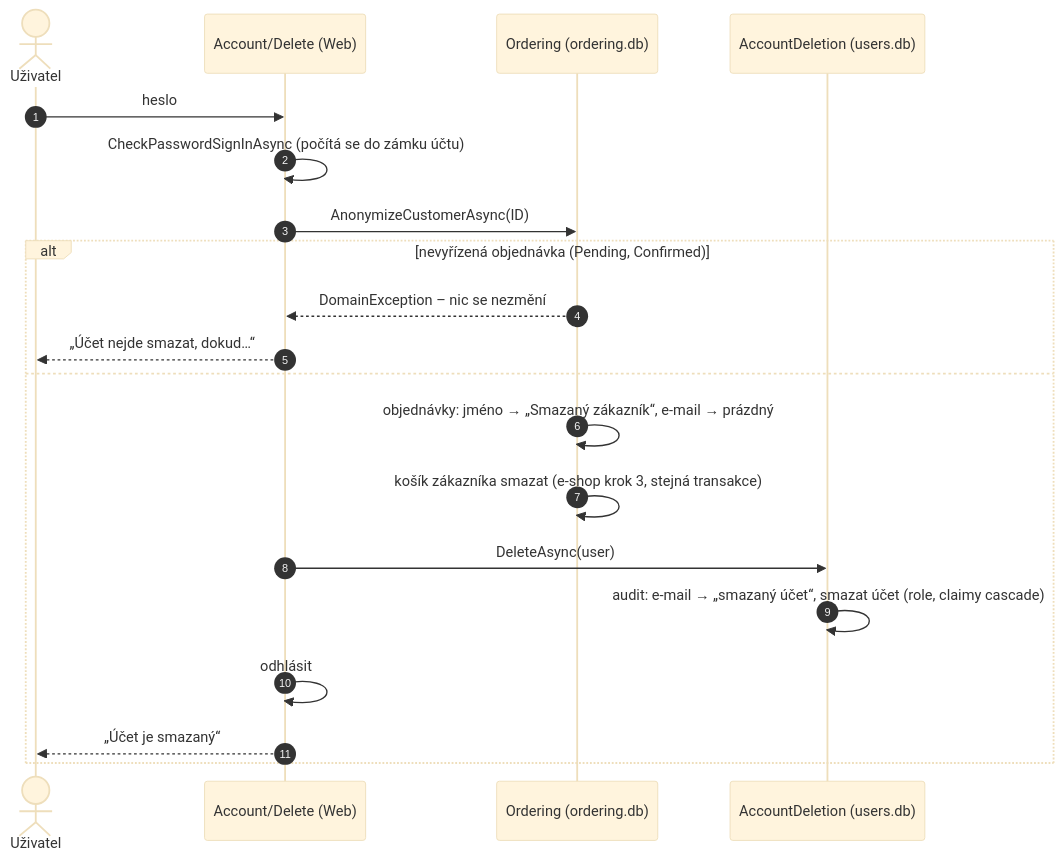
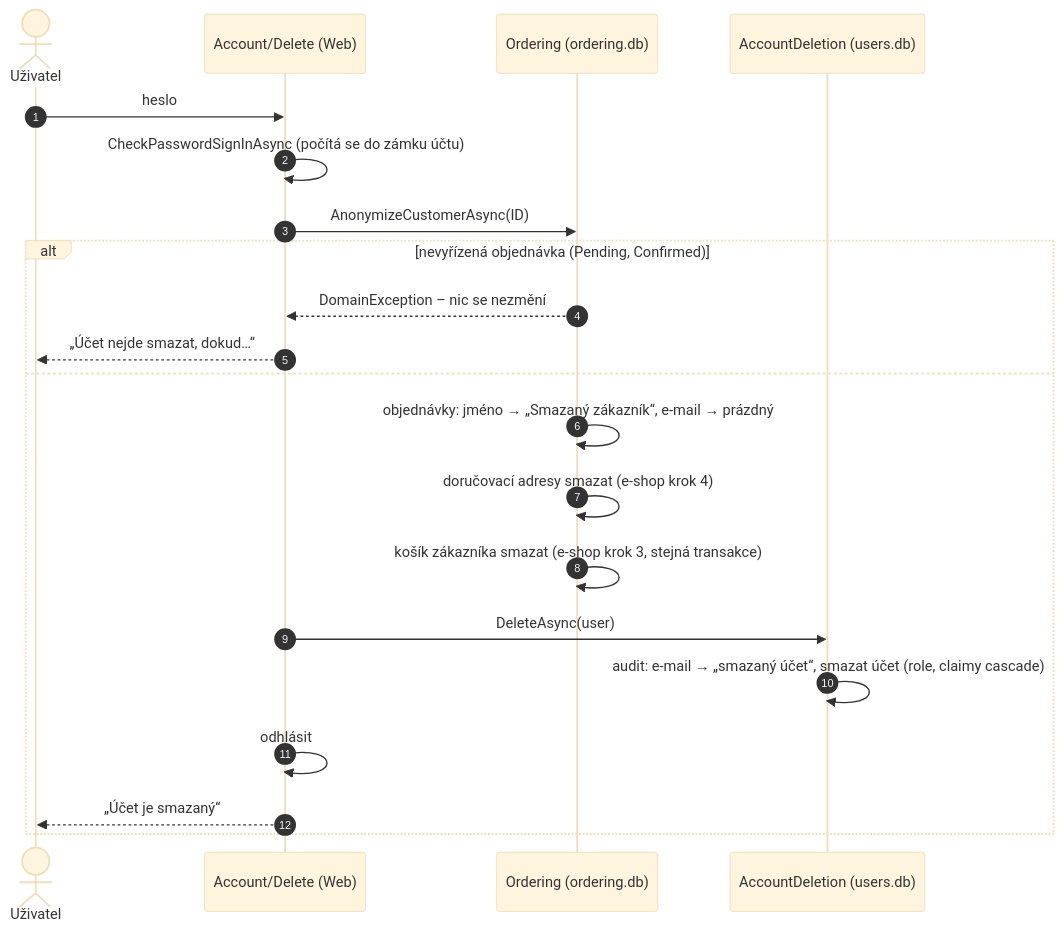
The fourth of 6 diagrams in docs/prirucka/architektura/moduly/accounts.md (ftichy/MiniShop), drawn with Mermaid (base theme) before and after one commit. The commit also changed 47 other files, not shown here.

````diff
--- a/docs/prirucka/architektura/moduly/accounts.md
+++ b/docs/prirucka/architektura/moduly/accounts.md
@@ -153,23 +153,24 @@
 ```mermaid
 sequenceDiagram
     autonumber
     actor U as Uživatel
     participant P as Account/Delete (Web)
     participant O as Ordering (ordering.db)
     participant A as AccountDeletion (users.db)
 
     U->>P: heslo
     P->>P: CheckPasswordSignInAsync (počítá se do zámku účtu)
     P->>O: AnonymizeCustomerAsync(ID)
     alt nevyřízená objednávka (Pending, Confirmed)
         O-->>P: DomainException – nic se nezmění
         P-->>U: „Účet nejde smazat, dokud…“
     else
         O->>O: objednávky: jméno → „Smazaný zákazník“, e-mail → prázdný
+    O->>O: doručovací adresy smazat (e-shop krok 4)
     O->>O: košík zákazníka smazat (e-shop krok 3, stejná transakce)
         P->>A: DeleteAsync(user)
         A->>A: audit: e-mail → „smazaný účet“, smazat účet (role, claimy cascade)
         P->>P: odhlásit
         P-->>U: „Účet je smazaný“
     end
 ```
````
